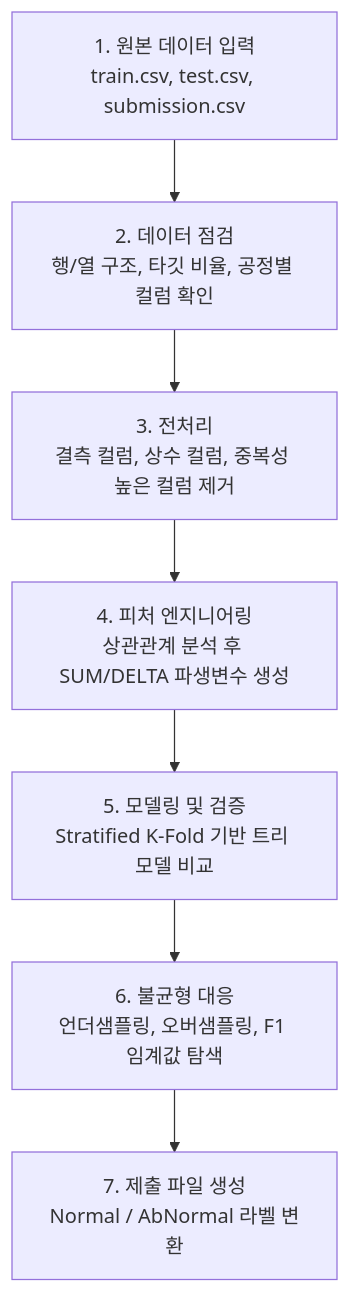
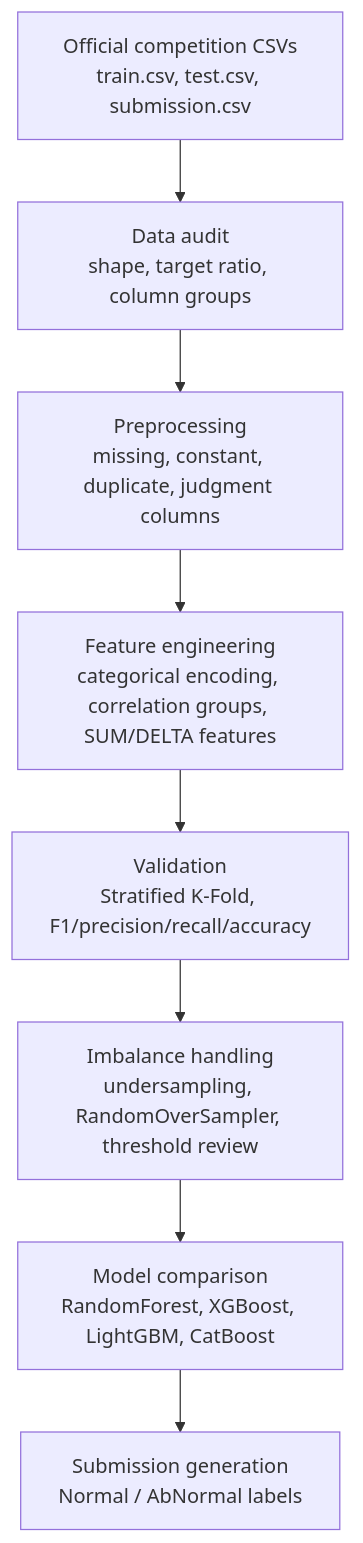
Before and after one commit to scnelMG/lg-aimers-5th-manufacturing-quality-prediction: the diagram in README.md, drawn with Mermaid. The commit also changed other lines of this file and 2 other files, not shown here.

````diff
--- a/README.md
+++ b/README.md
@@ -33,12 +42,13 @@
 ```mermaid
 flowchart TB
-    A["1. 원본 데이터 입력<br/>train.csv, test.csv, submission.csv"]
-    B["2. 데이터 점검<br/>행/열 구조, 타깃 비율, 공정별 컬럼 확인"]
-    C["3. 전처리<br/>결측 컬럼, 상수 컬럼, 중복성 높은 컬럼 제거"]
-    D["4. 피처 엔지니어링<br/>상관관계 분석 후 SUM/DELTA 파생변수 생성"]
-    E["5. 모델링 및 검증<br/>Stratified K-Fold 기반 트리 모델 비교"]
-    F["6. 불균형 대응<br/>언더샘플링, 오버샘플링, F1 임계값 탐색"]
-    G["7. 제출 파일 생성<br/>Normal / AbNormal 라벨 변환"]
+    A["Official competition CSVs<br/>train.csv, test.csv, submission.csv"]
+    B["Data audit<br/>shape, target ratio, column groups"]
+    C["Preprocessing<br/>missing, constant, duplicate, judgment columns"]
+    D["Feature engineering<br/>categorical encoding, correlation groups, SUM/DELTA features"]
+    E["Validation<br/>Stratified K-Fold, F1/precision/recall/accuracy"]
+    F["Imbalance handling<br/>undersampling, RandomOverSampler, threshold review"]
+    G["Model comparison<br/>RandomForest, XGBoost, LightGBM, CatBoost"]
+    H["Submission generation<br/>Normal / AbNormal labels"]
 
-    A --> B --> C --> D --> E --> F --> G
+    A --> B --> C --> D --> E --> F --> G --> H
 ```
````
